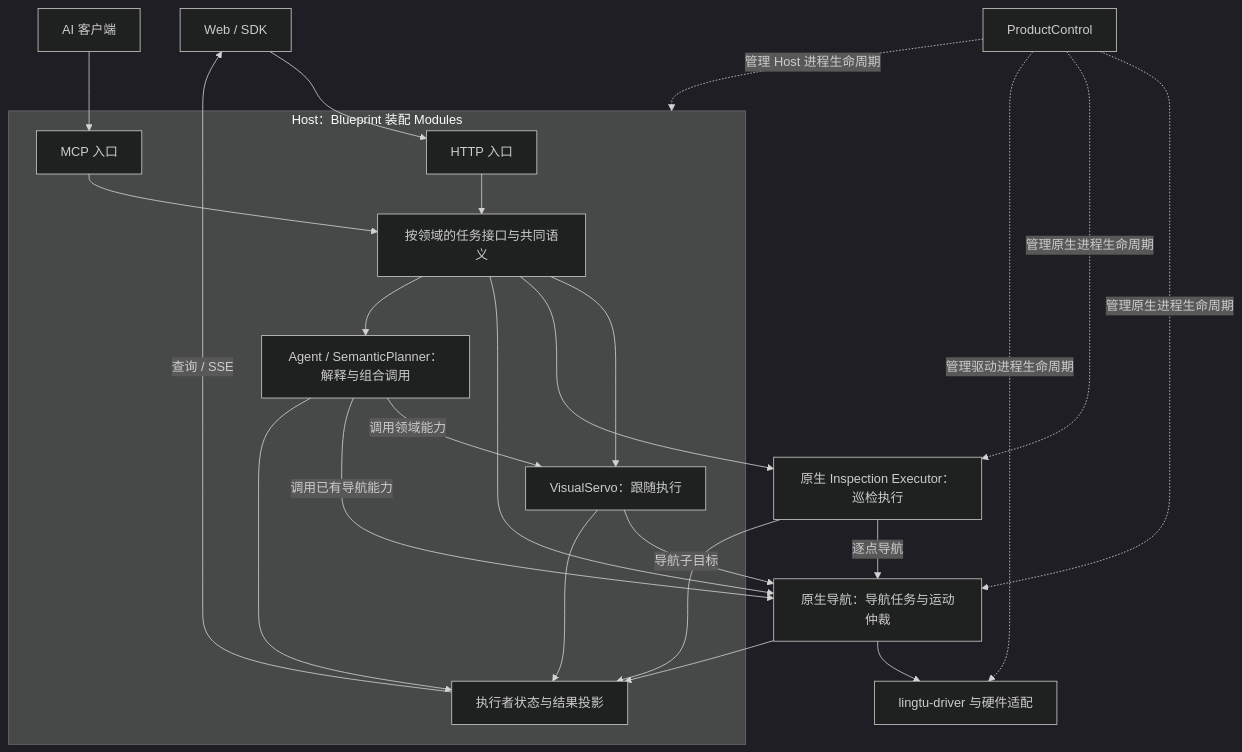
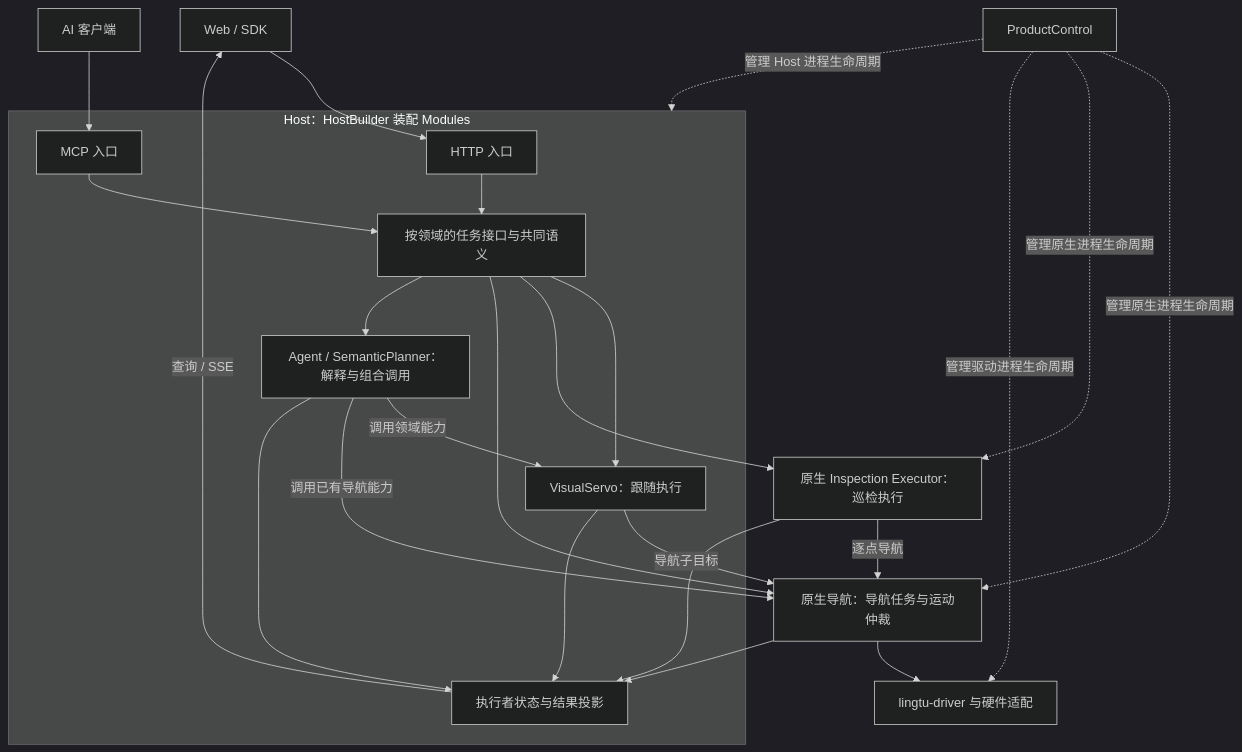
Before and after one commit to Kitjesen/MapPilot: the diagram in docs/research/tasks.md, drawn with Mermaid (dark theme). The commit also changed other lines of this file and 3352 other files, not shown here.

````diff
--- a/docs/research/tasks.md
+++ b/docs/research/tasks.md
@@ -77,33 +84,33 @@
 ```mermaid
 flowchart TD
     Web[Web / SDK] --> HTTP[HTTP 入口]
     AI[AI 客户端] --> MCP[MCP 入口]
-    subgraph Host[Host：Blueprint 装配 Modules]
+    subgraph Host[Host：HostBuilder 装配 Modules]
         HTTP
         MCP
         Contract[按领域的任务接口与共同语义]
         Follow[VisualServo：跟随执行]
         Agent[Agent / SemanticPlanner：解释与组合调用]
         Facts[执行者状态与结果投影]
     end
     HTTP --> Contract
     MCP --> Contract
     Contract --> Follow
     Contract --> Inspect[原生 Inspection Executor：巡检执行]
     Contract --> Nav[原生导航：导航任务与运动仲裁]
     Contract --> Agent
     Agent -->|调用领域能力| Follow
     Agent -->|调用已有导航能力| Nav
     Follow -->|导航子目标| Nav
     Inspect -->|逐点导航| Nav
     Nav --> Driver[lingtu-driver 与硬件适配]
     Follow --> Facts
     Inspect --> Facts
     Nav --> Facts
     Agent --> Facts
     Facts -->|查询 / SSE| Web
     Product[ProductControl] -.管理 Host 进程生命周期.-> Host
     Product -.管理原生进程生命周期.-> Nav
     Product -.管理原生进程生命周期.-> Inspect
     Product -.管理驱动进程生命周期.-> Driver
 ```
````
